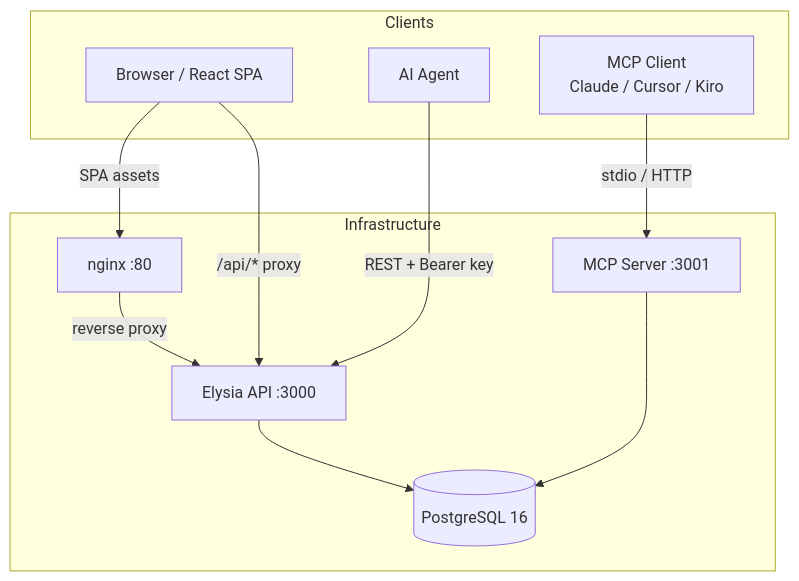
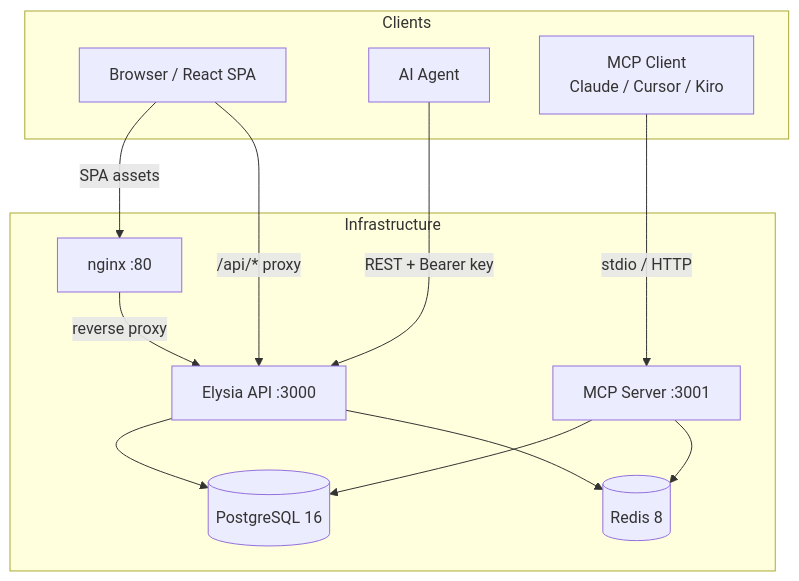
One commit to harismawan/mycelium changed the first of 3 diagrams in README.md. Above: the diagram before and after it, drawn with Mermaid. The commit also changed other lines of this file, not shown here.

Commit message:
docs: update README with Redis architecture and session management

````diff
--- a/README.md
+++ b/README.md
@@ -35,24 +35,27 @@
 ```mermaid
 graph TB
     subgraph Clients
         Browser[Browser / React SPA]
         Agent[AI Agent]
         MCP_Client[MCP Client<br/>Claude / Cursor / Kiro]
     end
 
     subgraph Infrastructure
         Nginx[nginx :80]
         API[Elysia API :3000]
         MCP_Server[MCP Server :3001]
+        Redis[(Redis 8)]
         DB[(PostgreSQL 16)]
     end
 
     Browser -->|SPA assets| Nginx
     Browser -->|/api/* proxy| API
     Agent -->|REST + Bearer key| API
     MCP_Client -->|stdio / HTTP| MCP_Server
 
     API --> DB
+    API --> Redis
     MCP_Server --> DB
+    MCP_Server --> Redis
     Nginx -->|reverse proxy| API
 ```
````
